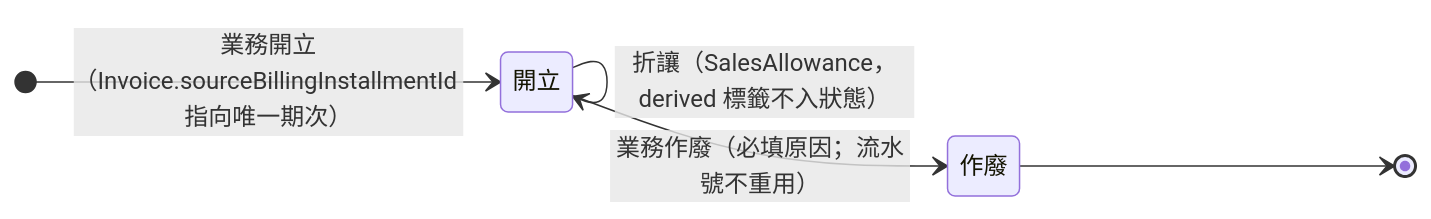
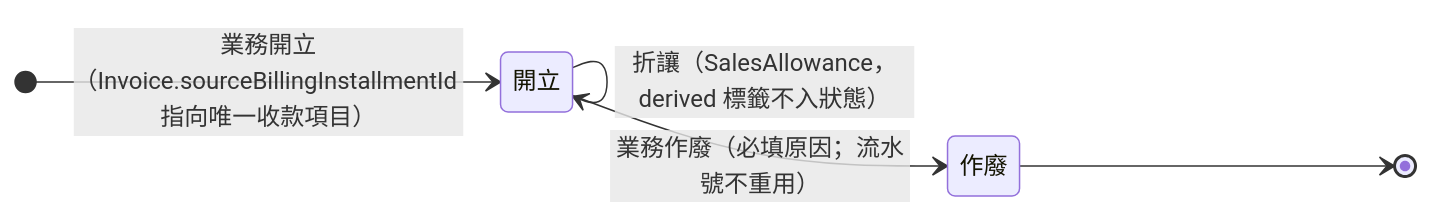
One commit to Kawato-Miles/erp-spec changed the third of 6 diagrams in memory/Sens_wiki/wiki/erp/12-insights/2026-05-29-款項發票四來源一致性比對.md. Above: the diagram before and after it, drawn with Mermaid. The commit also changed other lines of this file and 49 other files, not shown here.

````diff
--- a/memory/Sens_wiki/wiki/erp/12-insights/2026-05-29-款項發票四來源一致性比對.md
+++ b/memory/Sens_wiki/wiki/erp/12-insights/2026-05-29-款項發票四來源一致性比對.md
@@ -62,8 +62,8 @@
 ```mermaid
 stateDiagram-v2
   direction LR
-  [*] --> 開立: 業務開立（Invoice.sourceBillingInstallmentId 指向唯一期次）
+  [*] --> 開立: 業務開立（Invoice.sourceBillingInstallmentId 指向唯一收款項目）
   開立 --> 開立: 折讓（SalesAllowance，derived 標籤不入狀態）
   開立 --> 作廢: 業務作廢（必填原因；流水號不重用）
   作廢 --> [*]
 ```
````
